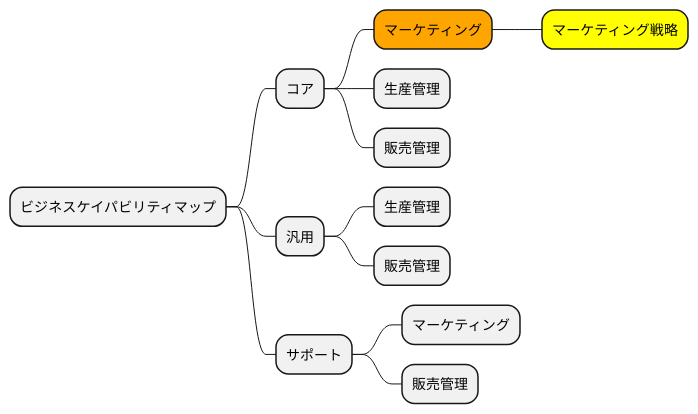
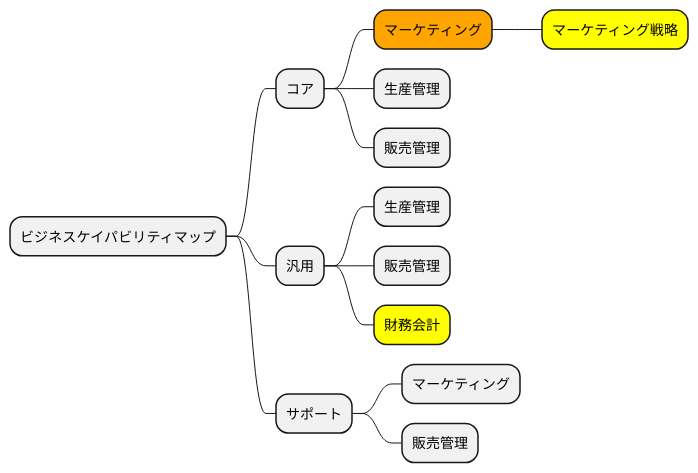
One commit to k2works/case-sutudy-business-analysis changed diagram 13 of 19 in docs/case/r01_case_1.adoc. Above: the diagram before and after it, drawn with PlantUML. The commit also changed other lines of this file, not shown here.

```diff
--- a/docs/case/r01_case_1.adoc
+++ b/docs/case/r01_case_1.adoc
@@ -424,19 +427,20 @@
 [plantuml]
 ----
 @startmindmap
 
 * ビジネスケイパビリティマップ
 ** コア
 ***[#orange] マーケティング
 ****[#yellow] マーケティング戦略
 *** 生産管理
 *** 販売管理
 ** 汎用
 *** 生産管理
 *** 販売管理
+***[#yellow] 財務会計
 ** サポート
 *** マーケティング
 *** 販売管理
 
 @endmindmap
 ----
```
